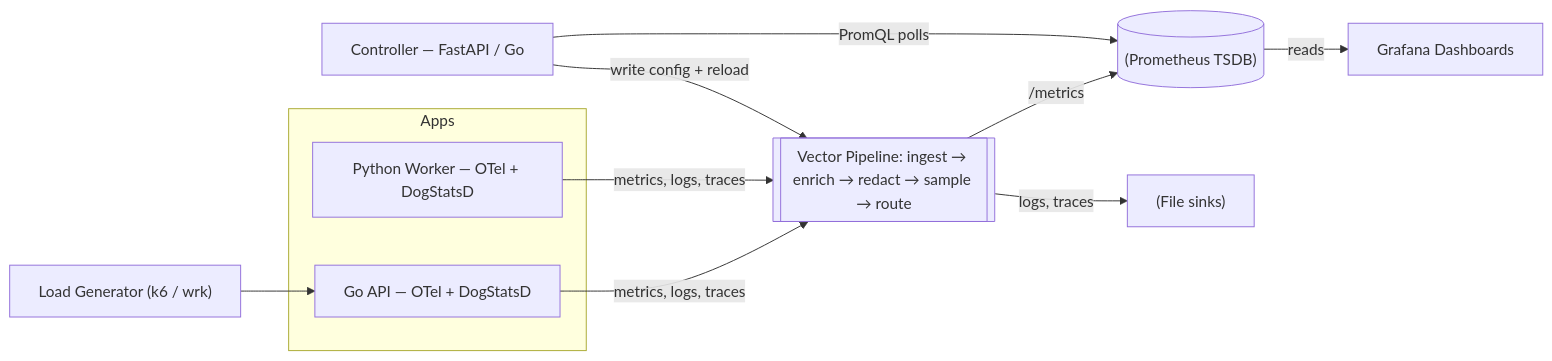
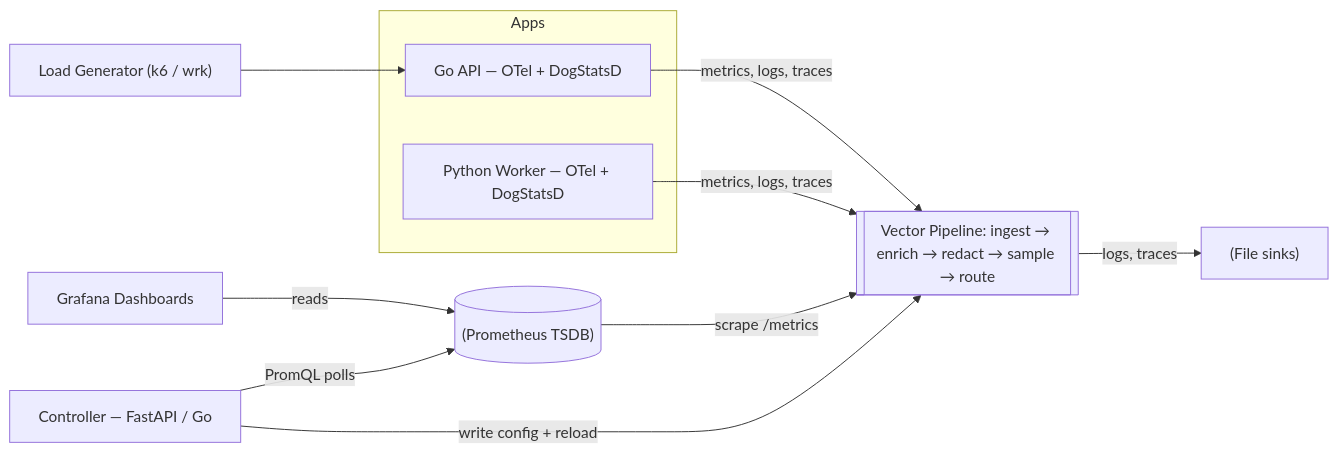
One commit to Teay2026/Self-Adaptive-Observability-Platform changed the diagram in README.md. Above: the diagram before and after it, drawn with Mermaid.

````diff
--- a/README.md
+++ b/README.md
@@ -8,27 +8,27 @@
 ```mermaid
 flowchart LR
   subgraph Apps
     API["Go API — OTel + DogStatsD"]
     Worker["Python Worker — OTel + DogStatsD"]
   end
 
   LoadGen["Load Generator (k6 / wrk)"] --> API
 
   API -->|metrics, logs, traces| Vector
   Worker -->|metrics, logs, traces| Vector
 
   Vector[["Vector Pipeline: ingest → enrich → redact → sample → route"]]
 
   %% Prometheus pulls (/metrics) from Vector
-  Vector -->|/metrics| Prometheus[("(Prometheus TSDB)")]
+  Prometheus[("(Prometheus TSDB)")] -->|scrape /metrics| Vector
 
   %% Grafana pulls (queries) from Prometheus
-  Prometheus -->|reads| Grafana["Grafana Dashboards"]
+  Grafana["Grafana Dashboards"] -->|reads| Prometheus
 
   Controller["Controller — FastAPI / Go"]
   Controller -- PromQL polls --> Prometheus
   Controller -- write config + reload --> Vector
 
   Vector -->|logs, traces| Files["(File sinks)"]
 
 ```
````
